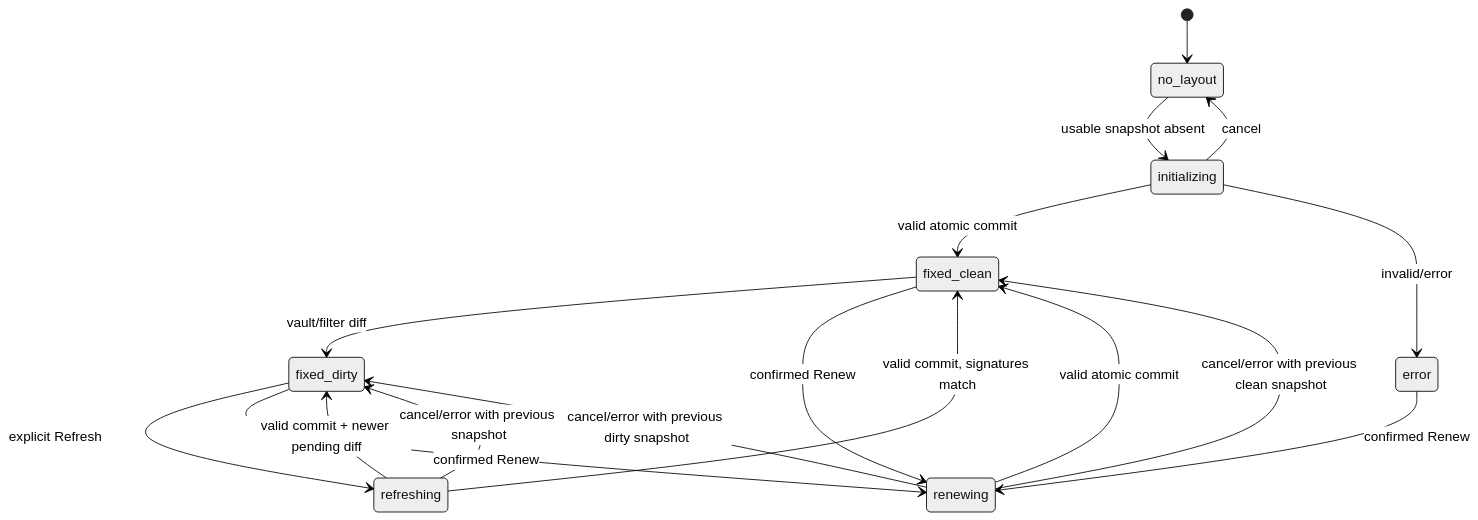
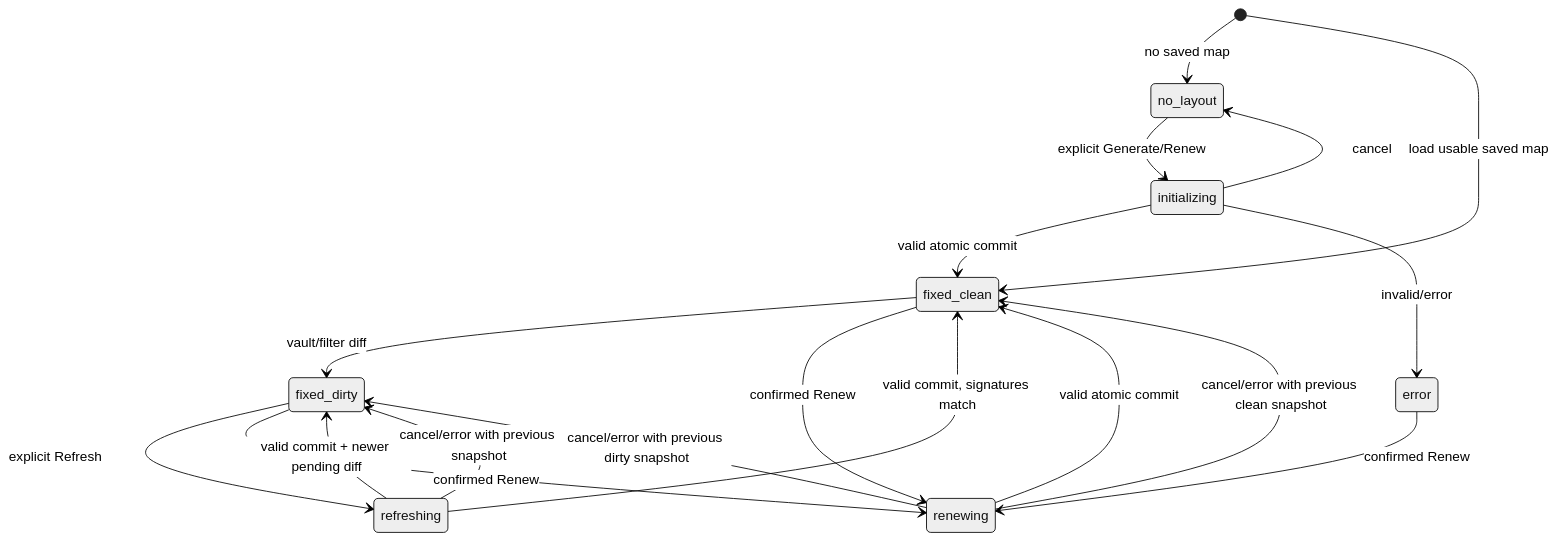
One commit to Pavel-mik/obsidian-spherical-graph changed the second of 2 diagrams in ARCHITECTURE.md. Above: the diagram before and after it, drawn with Mermaid (neutral theme). The commit also changed other lines of this file and 68 other files, not shown here.

Commit message:
Release Spherical Graph 1.8.0

````diff
--- a/ARCHITECTURE.md
+++ b/ARCHITECTURE.md
@@ -75,19 +79,20 @@
 ```mermaid
 stateDiagram-v2
-    [*] --> no_layout
-    no_layout --> initializing: usable snapshot absent
+    [*] --> no_layout: no saved map
+    [*] --> fixed_clean: load usable saved map
+    no_layout --> initializing: explicit Generate/Renew
     initializing --> fixed_clean: valid atomic commit
     initializing --> no_layout: cancel
     initializing --> error: invalid/error
     fixed_clean --> fixed_dirty: vault/filter diff
     fixed_dirty --> refreshing: explicit Refresh
     refreshing --> fixed_clean: valid commit, signatures match
     refreshing --> fixed_dirty: valid commit + newer pending diff
     refreshing --> fixed_dirty: cancel/error with previous snapshot
     fixed_clean --> renewing: confirmed Renew
     fixed_dirty --> renewing: confirmed Renew
     error --> renewing: confirmed Renew
     renewing --> fixed_clean: valid atomic commit
     renewing --> fixed_clean: cancel/error with previous clean snapshot
     renewing --> fixed_dirty: cancel/error with previous dirty snapshot
 ```
````
